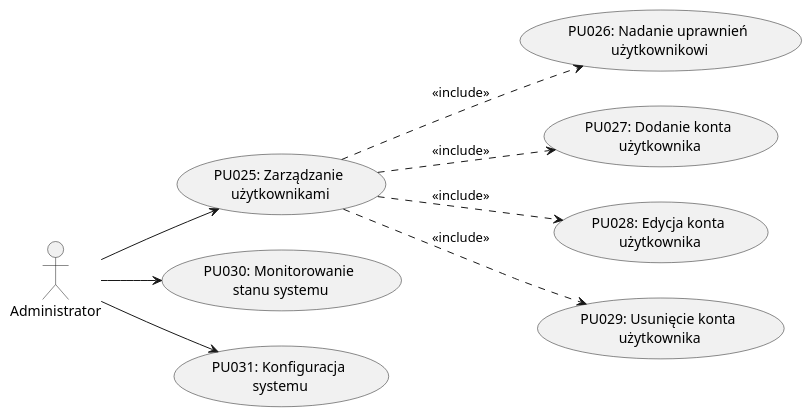
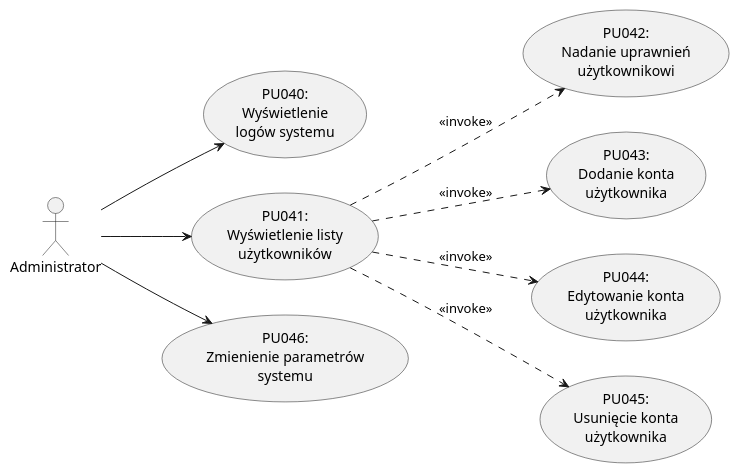
Diagram 13 of 13 in dokumentacja.md (kokolodziejska/IWO), drawn with PlantUML before and after one commit. The commit also changed other lines of this file and 2 other files, not shown here.

````diff
--- a/dokumentacja.md
+++ b/dokumentacja.md
@@ -1554,25 +1598,25 @@
   ```puml
   @startuml Administrator
   left to right direction
 
   actor "Administrator" as Admin
 
-  usecase "PU025: Zarządzanie\n użytkownikami" as UC1
-  usecase "PU026: Nadanie uprawnień\n użytkownikowi" as UC2
-  usecase "PU027: Dodanie konta\n użytkownika" as UC3
-  usecase "PU028: Edycja konta\n użytkownika" as UC4
-  usecase "PU029: Usunięcie konta\n użytkownika" as UC5
-  usecase "PU030: Monitorowanie\n stanu systemu" as UC6
-  usecase "PU031: Konfiguracja\n systemu" as UC7
+  usecase "PU040:\nWyświetlenie\nlogów systemu" as PU040
+  usecase "PU041:\nWyświetlenie listy\nużytkowników" as PU041
+  usecase "PU042:\nNadanie uprawnień\nużytkownikowi" as PU042
+  usecase "PU043:\nDodanie konta\nużytkownika" as PU043
+  usecase "PU044:\nEdytowanie konta\nużytkownika" as PU044
+  usecase "PU045:\nUsunięcie konta\nużytkownika" as PU045
+  usecase "PU046:\nZmienienie parametrów\nsystemu" as PU046
 
-  Admin --> UC1
-  Admin --> UC6
-  Admin --> UC7
+  Admin --> PU040
+  Admin --> PU041
+  Admin --> PU046
 
-  UC1 ..> UC2 : <<include>>
-  UC1 ..> UC3 : <<include>>
-  UC1 ..> UC4 : <<include>>
-  UC1 ..> UC5 : <<include>>
+  PU041 ..> PU042 : <<invoke>>
+  PU041 ..> PU043 : <<invoke>>
+  PU041 ..> PU044 : <<invoke>>
+  PU041 ..> PU045 : <<invoke>>
 
   @enduml
   ```
````
